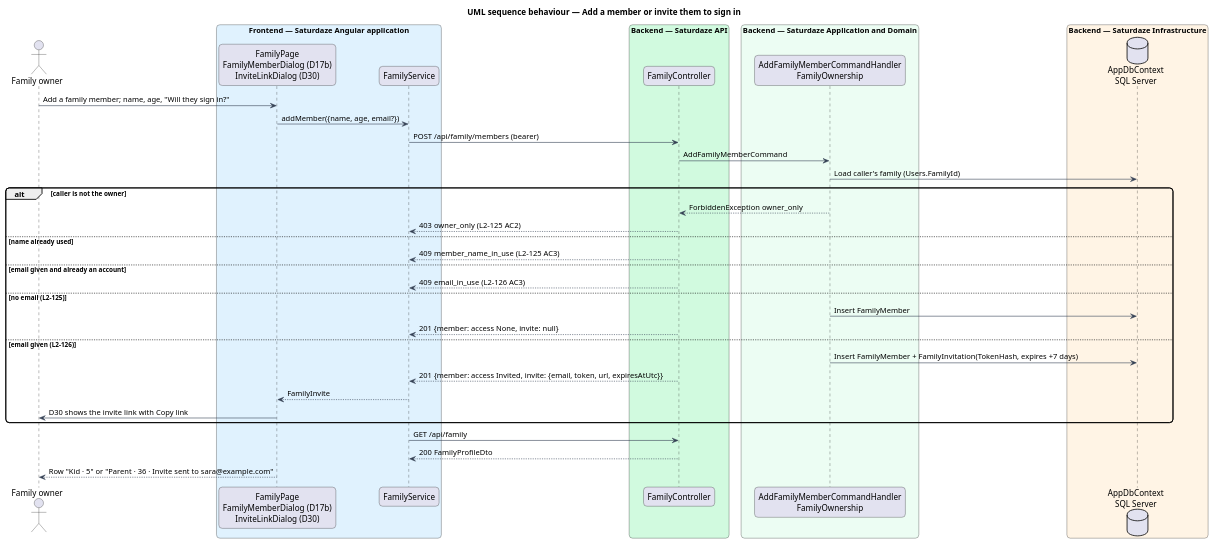
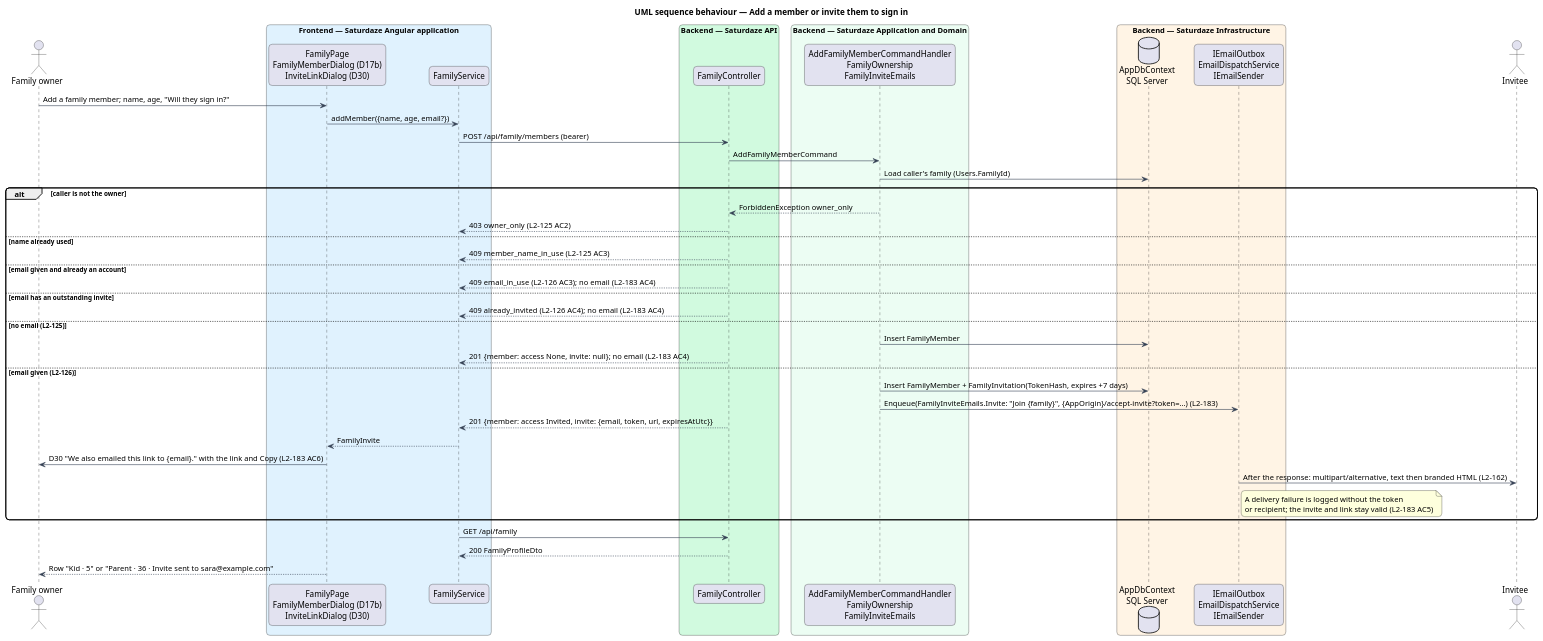
Before and after one commit to QuinntyneBrown/saturdaze: the diagram in docs/detailed-designs/identity-and-access/manage-family-members/diagrams/sequence-add-or-invite-member.puml, drawn with PlantUML. The commit also changed 14 other files, not shown here.

First line of the commit message:
Design the family invite email in manage-family-members and send-branded-email (L2-183)

```diff
--- a/docs/detailed-designs/identity-and-access/manage-family-members/diagrams/sequence-add-or-invite-member.puml
+++ b/docs/detailed-designs/identity-and-access/manage-family-members/diagrams/sequence-add-or-invite-member.puml
@@ -1,46 +1,53 @@
 @startuml
 title UML sequence behaviour — Add a member or invite them to sign in
 skinparam backgroundColor #FFFFFF
 skinparam shadowing false
 skinparam roundcorner 12
 skinparam defaultFontName Arial
 skinparam ArrowColor #344054
 actor "Family owner" as actor
 box "Frontend — Saturdaze Angular application" #E0F2FE
  participant "FamilyPage\nFamilyMemberDialog (D17b)\nInviteLinkDialog (D30)" as page
  participant "FamilyService" as client
 end box
 box "Backend — Saturdaze API" #D1FADF
  participant "FamilyController" as controller
 end box
 box "Backend — Saturdaze Application and Domain" #ECFDF3
- participant "AddFamilyMemberCommandHandler\nFamilyOwnership" as handler
+ participant "AddFamilyMemberCommandHandler\nFamilyOwnership\nFamilyInviteEmails" as handler
 end box
 box "Backend — Saturdaze Infrastructure" #FFF4E5
  database "AppDbContext\nSQL Server" as db
+ participant "IEmailOutbox\nEmailDispatchService\nIEmailSender" as outbox
 end box
+actor "Invitee" as invitee
 actor -> page : Add a family member; name, age, "Will they sign in?"
 page -> client : addMember({name, age, email?})
 client -> controller : POST /api/family/members (bearer)
 controller -> handler : AddFamilyMemberCommand
 handler -> db : Load caller's family (Users.FamilyId)
 alt caller is not the owner
   handler --> controller : ForbiddenException owner_only
   controller --> client : 403 owner_only (L2-125 AC2)
 else name already used
   controller --> client : 409 member_name_in_use (L2-125 AC3)
 else email given and already an account
-  controller --> client : 409 email_in_use (L2-126 AC3)
+  controller --> client : 409 email_in_use (L2-126 AC3); no email (L2-183 AC4)
+else email has an outstanding invite
+  controller --> client : 409 already_invited (L2-126 AC4); no email (L2-183 AC4)
 else no email (L2-125)
   handler -> db : Insert FamilyMember
-  controller --> client : 201 {member: access None, invite: null}
+  controller --> client : 201 {member: access None, invite: null}; no email (L2-183 AC4)
 else email given (L2-126)
   handler -> db : Insert FamilyMember + FamilyInvitation(TokenHash, expires +7 days)
+  handler -> outbox : Enqueue(FamilyInviteEmails.Invite: "Join {family}", {AppOrigin}/accept-invite?token=…) (L2-183)
   controller --> client : 201 {member: access Invited, invite: {email, token, url, expiresAtUtc}}
   client --> page : FamilyInvite
-  page -> actor : D30 shows the invite link with Copy link
+  page -> actor : D30 "We also emailed this link to {email}." with the link and Copy (L2-183 AC6)
+  outbox -> invitee : After the response: multipart/alternative, text then branded HTML (L2-162)
+  note right of outbox : A delivery failure is logged without the token\nor recipient; the invite and link stay valid (L2-183 AC5)
 end
 client -> controller : GET /api/family
 controller --> client : 200 FamilyProfileDto
 page --> actor : Row "Kid · 5" or "Parent · 36 · Invite sent to sara@example.com"
 @enduml
```
